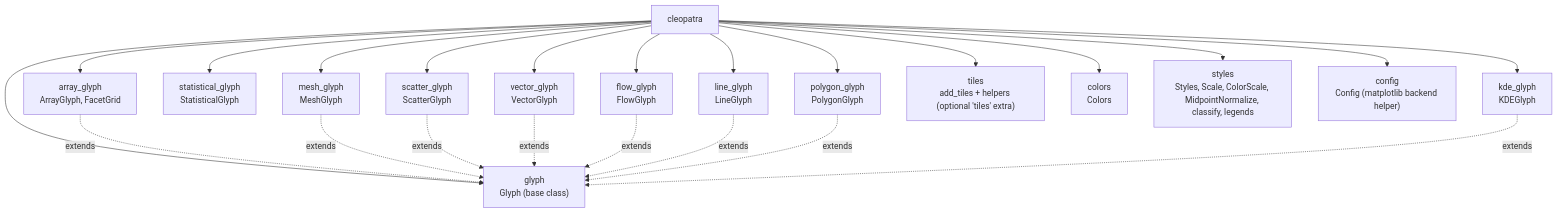
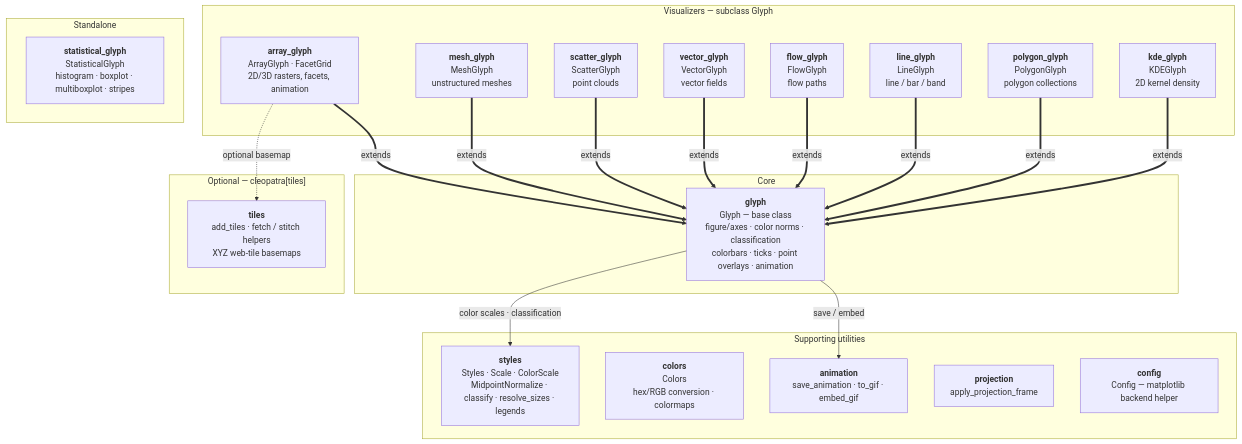
Before and after one commit to serapeum-org/cleopatra: the diagram in README.md, drawn with Mermaid. The commit also changed other lines of this file, not shown here.

Commit message:
docs: use a grouped component diagram in the README
Replace the flat module tree with a grouped mermaid diagram (core,
visualizers, standalone, supporting utilities, optional tiles) and include
the previously-omitted animation and projection modules, so it shows every
package component and the key inheritance/dependency edges.

````diff
--- a/README.md
+++ b/README.md
@@ -22,28 +22,38 @@
 ```mermaid
 graph TD
-    cleopatra["cleopatra"]
+    subgraph core["Core"]
+        glyph["<b>glyph</b><br/>Glyph — base class<br/>figure/axes · color norms · classification<br/>colorbars · ticks · point overlays · animation"]
+    end
 
-    cleopatra --> glyph["glyph<br/>Glyph (base class)"]
-    cleopatra --> array_glyph["array_glyph<br/>ArrayGlyph, FacetGrid"]
-    cleopatra --> mesh_glyph["mesh_glyph<br/>MeshGlyph"]
-    cleopatra --> statistical_glyph["statistical_glyph<br/>StatisticalGlyph"]
-    cleopatra --> scatter_glyph["scatter_glyph<br/>ScatterGlyph"]
-    cleopatra --> vector_glyph["vector_glyph<br/>VectorGlyph"]
-    cleopatra --> flow_glyph["flow_glyph<br/>FlowGlyph"]
-    cleopatra --> line_glyph["line_glyph<br/>LineGlyph"]
-    cleopatra --> polygon_glyph["polygon_glyph<br/>PolygonGlyph"]
-    cleopatra --> kde_glyph["kde_glyph<br/>KDEGlyph"]
-    cleopatra --> tiles["tiles<br/>add_tiles + helpers (optional 'tiles' extra)"]
-    cleopatra --> colors["colors<br/>Colors"]
-    cleopatra --> styles["styles<br/>Styles, Scale, ColorScale, MidpointNormalize, classify, legends"]
-    cleopatra --> config["config<br/>Config (matplotlib backend helper)"]
+    subgraph visualizers["Visualizers — subclass Glyph"]
+        array_glyph["<b>array_glyph</b><br/>ArrayGlyph · FacetGrid<br/>2D/3D rasters, facets, animation"]
+        mesh_glyph["<b>mesh_glyph</b><br/>MeshGlyph<br/>unstructured meshes"]
+        scatter_glyph["<b>scatter_glyph</b><br/>ScatterGlyph<br/>point clouds"]
+        vector_glyph["<b>vector_glyph</b><br/>VectorGlyph<br/>vector fields"]
+        flow_glyph["<b>flow_glyph</b><br/>FlowGlyph<br/>flow paths"]
+        line_glyph["<b>line_glyph</b><br/>LineGlyph<br/>line / bar / band"]
+        polygon_glyph["<b>polygon_glyph</b><br/>PolygonGlyph<br/>polygon collections"]
+        kde_glyph["<b>kde_glyph</b><br/>KDEGlyph<br/>2D kernel density"]
+    end
 
-    array_glyph -. extends .-> glyph
-    mesh_glyph -. extends .-> glyph
-    scatter_glyph -. extends .-> glyph
-    vector_glyph -. extends .-> glyph
-    flow_glyph -. extends .-> glyph
-    line_glyph -. extends .-> glyph
-    polygon_glyph -. extends .-> glyph
-    kde_glyph -. extends .-> glyph
+    subgraph standalone["Standalone"]
+        statistical_glyph["<b>statistical_glyph</b><br/>StatisticalGlyph<br/>histogram · boxplot · multiboxplot · stripes"]
+    end
+
+    subgraph support["Supporting utilities"]
+        styles["<b>styles</b><br/>Styles · Scale · ColorScale<br/>MidpointNormalize · classify · resolve_sizes · legends"]
+        colors["<b>colors</b><br/>Colors<br/>hex/RGB conversion · colormaps"]
+        animation["<b>animation</b><br/>save_animation · to_gif · embed_gif"]
+        projection["<b>projection</b><br/>apply_projection_frame"]
+        config["<b>config</b><br/>Config — matplotlib backend helper"]
+    end
+
+    subgraph optional["Optional — cleopatra[tiles]"]
+        tiles["<b>tiles</b><br/>add_tiles · fetch / stitch helpers<br/>XYZ web-tile basemaps"]
+    end
+
+    array_glyph & mesh_glyph & scatter_glyph & vector_glyph & flow_glyph & line_glyph & polygon_glyph & kde_glyph ==>|extends| glyph
+    glyph -->|color scales · classification| styles
+    glyph -->|save / embed| animation
+    array_glyph -.->|optional basemap| tiles
 ```
````
